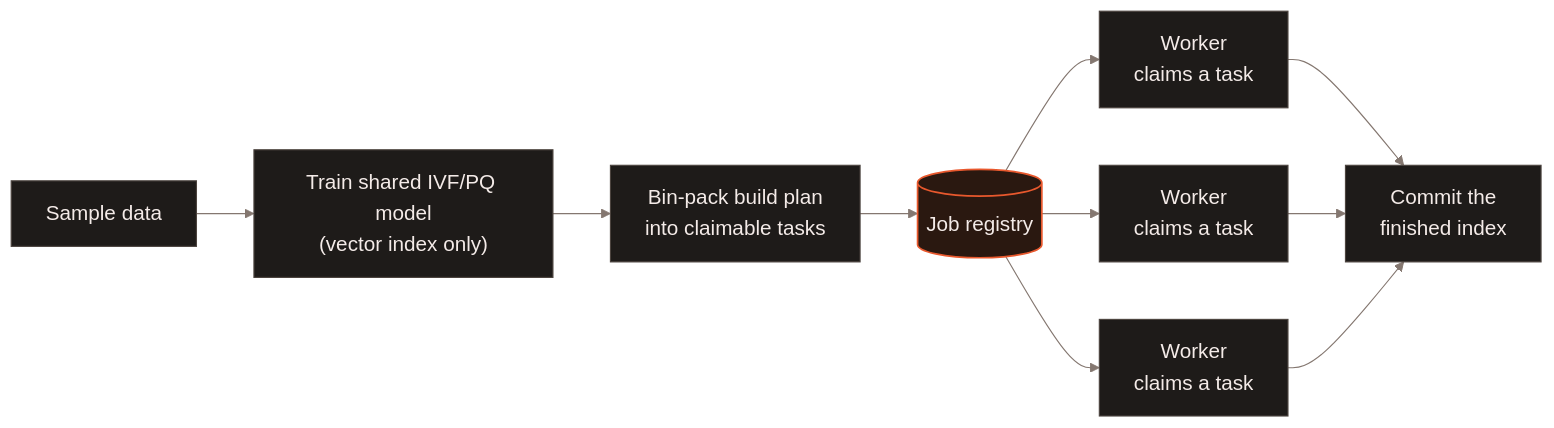
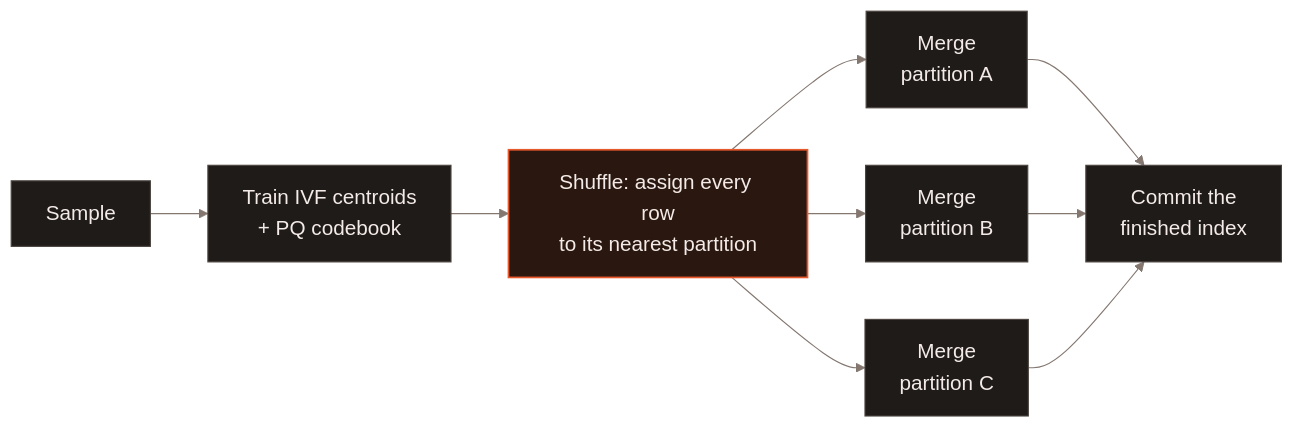
Before and after one commit to lancedb/lancedb: the first of 2 diagrams in docs/web/enterprise/distributed-indexing.mdx, drawn with Mermaid. The commit also changed other lines of this file and 13 other files, not shown here.

````diff
--- a/docs/web/enterprise/distributed-indexing.mdx
+++ b/docs/web/enterprise/distributed-indexing.mdx
@@ -20,20 +34,19 @@
 ```mermaid
 %%{init: {"theme": "base", "themeVariables": {
   "background": "#171513", "primaryColor": "#1e1b19", "primaryTextColor": "#f4ebe8",
   "primaryBorderColor": "#4c443f", "lineColor": "#847770", "textColor": "#f4ebe8",
   "edgeLabelBackground": "#171513", "fontFamily": "Inter, sans-serif", "fontSize": "18px"
 }}}%%
 flowchart LR
-    S["Sample data"] --> T["Train shared IVF/PQ model<br/>(vector index only)"]
-    T --> P["Bin-pack build plan<br/>into claimable tasks"]
-    P --> R[("Job registry")]
-    R --> W1["Worker<br/>claims a task"]
-    R --> W2["Worker<br/>claims a task"]
-    R --> W3["Worker<br/>claims a task"]
-    W1 --> C["Commit the<br/>finished index"]
-    W2 --> C
-    W3 --> C
+    S["Sample"] --> T["Train IVF centroids<br/>+ PQ codebook"]
+    T --> Sh["Shuffle: assign every row<br/>to its nearest partition"]
+    Sh --> M1["Merge<br/>partition A"]
+    Sh --> M2["Merge<br/>partition B"]
+    Sh --> M3["Merge<br/>partition C"]
+    M1 --> C["Commit the<br/>finished index"]
+    M2 --> C
+    M3 --> C
     classDef default fill:#1e1b19,stroke:#4c443f,stroke-width:1px,color:#f4ebe8
     classDef accent fill:#2a1810,stroke:#e8582d,stroke-width:1.5px,color:#f4ebe8
-    class R accent
+    class Sh accent
 ```
````
